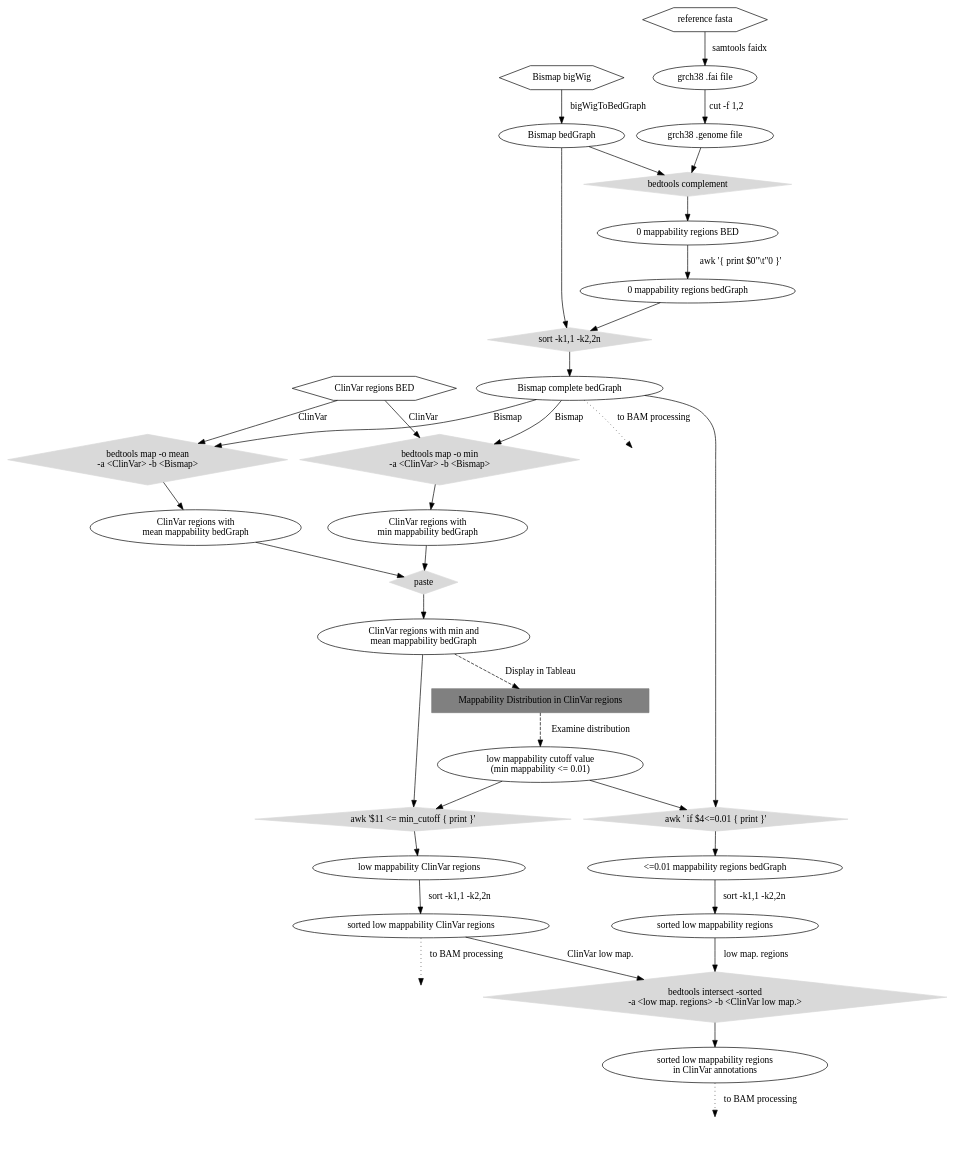
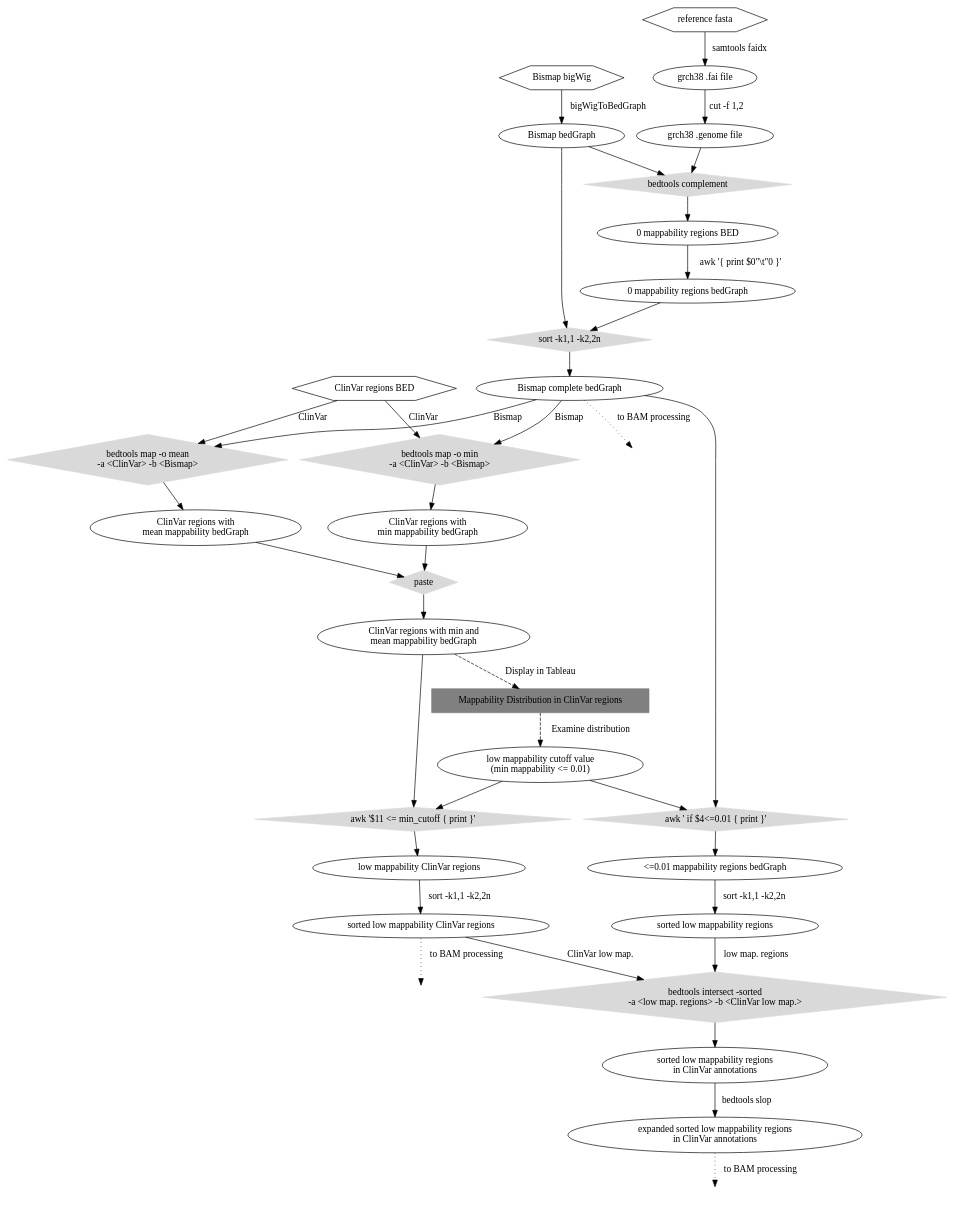
One commit to nebiolabs/low_bismap_methyl_calls changed the diagram in methylation workflow preproc.dot. Above: the diagram before and after it, drawn with Graphviz. The commit also changed 5 other files, not shown here.

```diff
--- a/methylation workflow preproc.dot
+++ b/methylation workflow preproc.dot
@@ -1,98 +1,100 @@
 digraph workflow {
 
 
 	"ClinVar regions BED" [shape=hexagon];
 
 	"grch38 fasta 2" [shape=hexagon, label="reference fasta"];
 
 	"Bismap bedGraph" -> "sort -k1,1 -k2,2n_again";
 
 	"sort -k1,1 -k2,2n_again" -> "Bismap complete bedGraph"
 
 	"Bismap complete bedGraph";
 
 	"Bismap complete bedGraph" -> "BAM_PROC_1" [label="to BAM processing", style=dotted];
 
 	"BAM_PROC_1" [style=invis];
 
 	"sort -k1,1 -k2,2n_again" [shape=diamond,  color=gray85, style=filled, label="sort -k1,1 -k2,2n"];
 
 	"0 mappability regions bedGraph" -> "sort -k1,1 -k2,2n_again";
 
 	"Bismap bigWig" [shape=hexagon]; 
 	"Bismap bigWig" -> "Bismap bedGraph" [label="bigWigToBedGraph"];
 
 	"bedtools map -o min" [shape=diamond,  color=gray85, style=filled, label="bedtools map -o min \n-a <ClinVar> -b <Bismap>"];
 	"ClinVar regions BED" -> "bedtools map -o min" [label="ClinVar"];
 	"Bismap complete bedGraph" -> "bedtools map -o min" [label="Bismap"];
 
 	"bedtools map -o mean" [shape=diamond,  color=gray85, style=filled, label="bedtools map -o mean \n-a <ClinVar> -b <Bismap>"];
 	"ClinVar regions BED" -> "bedtools map -o mean" [label="ClinVar"];
 	"Bismap complete bedGraph" -> "bedtools map -o mean" [label="Bismap"];
 
 	"bedtools map -o min" -> "ClinVar regions with\n min mappability bedGraph";
 	"bedtools map -o mean" -> "ClinVar regions with\n mean mappability bedGraph";
 
 	"ClinVar regions with\n min mappability bedGraph" -> "paste";
 	"paste" -> "ClinVar regions with min and\n mean mappability bedGraph";
 	"ClinVar regions with\n mean mappability bedGraph" -> "paste";
 	"paste" [shape=diamond,  color=gray85, style=filled];
 
 	"ClinVar regions with min and\n mean mappability bedGraph" -> "Mappability Distribution in ClinVar regions" [style=dashed, label="Display in Tableau"];
 	"Mappability Distribution in ClinVar regions" [shape=box, color=gray, style=filled];
 	"Examine Data" [color=gray, style=invis];
 	"Mappability Distribution in ClinVar regions" -> "low mappability cutoff value\n(min mappability <= 0.01)" [style=dashed, label="Examine distribution"];
 
 	"awk '$11 <= min_cutoff { print }'" [shape=diamond,  color=gray85, style=filled];
 	"low mappability cutoff value\n(min mappability <= 0.01)" -> "awk '$11 <= min_cutoff { print }'";
 	"awk '$11 <= min_cutoff { print }'" -> "low mappability ClinVar regions";
 	"ClinVar regions with min and\n mean mappability bedGraph" -> "awk '$11 <= min_cutoff { print }'";
 
 	"low mappability ClinVar regions" -> "sorted low mappability ClinVar regions" [label="sort -k1,1 -k2,2n"];
 
 	"sorted low mappability ClinVar regions";
 
 	"sorted low mappability ClinVar regions" -> "BAM_PROC_2" [label="to BAM processing", style=dotted];
 
 	"BAM_PROC_2" [style=invis];
 
 	"bedtools complement" [shape=diamond,  color=gray85, style=filled];
 	
 	"Bismap bedGraph" -> "bedtools complement";
 
 	"bedtools complement" -> "0 mappability regions BED";
 
 	"grch38 fasta 2" -> "grch38 .fai file" [label="samtools faidx"];
 
 	"grch38 .fai file" -> "grch38 .genome file" [label="cut -f 1,2"];
 
 	"grch38 .genome file" -> "bedtools complement";
 
 	"awk_again" [shape=diamond,  color=gray85, style=filled, label="awk ' if $4<=0.01 { print }'"];
 
 	"Bismap complete bedGraph" -> "awk_again";
 
 	"low mappability cutoff value\n(min mappability <= 0.01)" -> "awk_again";
 
 	"awk_again" -> "<=0.01 mappability regions bedGraph";
 
 	"0 mappability regions BED" -> "0 mappability regions bedGraph" [label="awk '{ print $0\"\\t\"0 }'"];
 
 	"<=0.01 mappability regions bedGraph" -> "sorted low mappability regions" [label="sort -k1,1 -k2,2n"];
 
 	"bedtools intersect -u_0" [label="bedtools intersect -sorted \n-a <low map. regions> -b <ClinVar low map.>", shape=diamond,  color=gray85, style=filled];
 
 	"sorted low mappability regions" -> "bedtools intersect -u_0" [label="low map. regions"];
 
 	"bedtools intersect -u_0" -> "sorted low mappability regions\nin ClinVar annotations";
 
-	"sorted low mappability regions\nin ClinVar annotations";
+	"sorted low mappability regions\nin ClinVar annotations" -> "expanded sorted low mappability regions\nin ClinVar annotations" [label="bedtools slop"];	
 
-	"sorted low mappability regions\nin ClinVar annotations" -> "BAM_PROC_3" [label="to BAM processing", style=dotted];
+	"expanded sorted low mappability regions\nin ClinVar annotations";
+
+	"expanded sorted low mappability regions\nin ClinVar annotations" -> "BAM_PROC_3" [label="to BAM processing", style=dotted];
 
 	"BAM_PROC_3" [style=invis];
 
 	"sorted low mappability ClinVar regions" -> "bedtools intersect -u_0" [label="ClinVar low map."];
 
 	
  }
```
